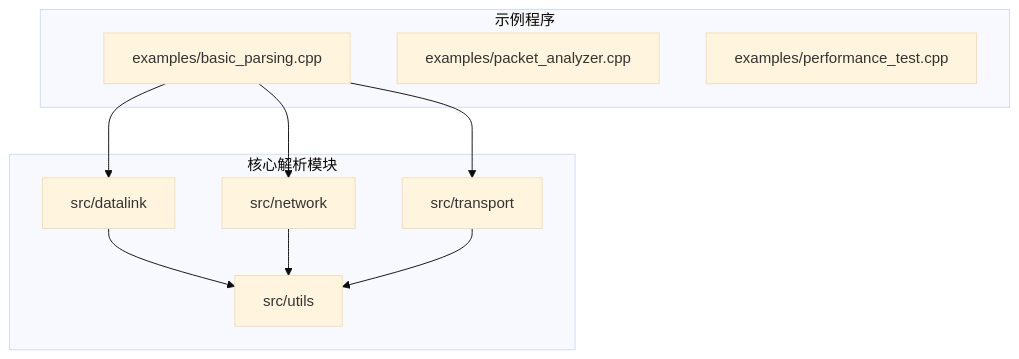
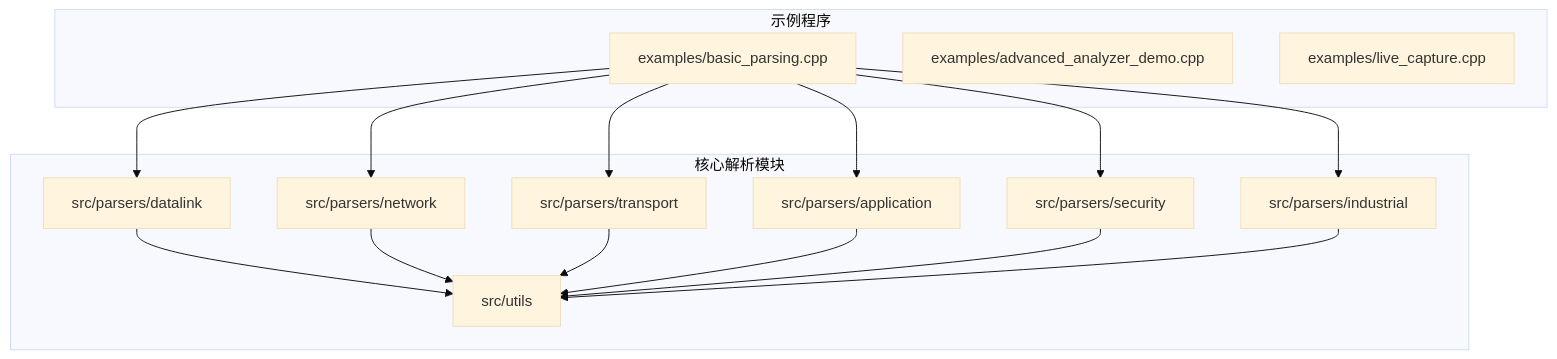
The first of 4 diagrams in .qoder/repowiki/zh/content/协议解析器参考/协议解析器参考.md (jie-798/protocol-parser), drawn with Mermaid (base theme) before and after one commit. The commit also changed other lines of this file and 31 other files, not shown here.

````diff
--- a/.qoder/repowiki/zh/content/协议解析器参考/协议解析器参考.md
+++ b/.qoder/repowiki/zh/content/协议解析器参考/协议解析器参考.md
@@ -38,20 +55,29 @@
 ```mermaid
 graph TB
 subgraph "示例程序"
 A[examples/basic_parsing.cpp]
-B[examples/packet_analyzer.cpp]
-C[examples/performance_test.cpp]
+B[examples/advanced_analyzer_demo.cpp]
+C[examples/live_capture.cpp]
 end
 subgraph "核心解析模块"
-D[src/datalink]
-E[src/network]
-F[src/transport]
-G[src/utils]
+D[src/parsers/datalink]
+E[src/parsers/network]
+F[src/parsers/transport]
+G[src/parsers/application]
+H[src/parsers/security]
+I[src/parsers/industrial]
+J[src/utils]
 end
 A --> D
 A --> E
 A --> F
-D --> G
-E --> G
-F --> G
+A --> G
+A --> H
+A --> I
+D --> J
+E --> J
+F --> J
+G --> J
+H --> J
+I --> J
 ```
````
